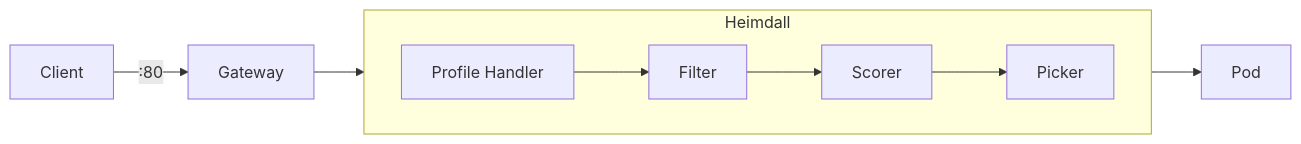
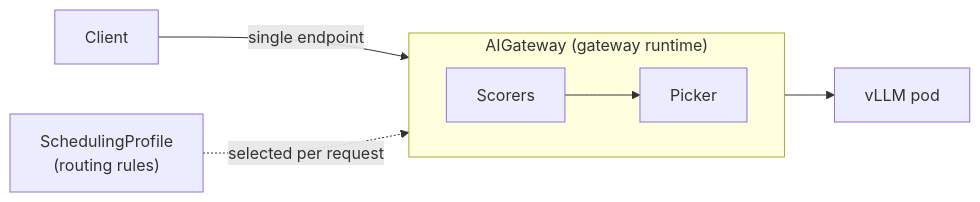
Before and after one commit to moreh-dev/mif: the diagram in skills/guide-heimdall/SKILL.md, drawn with Mermaid. The commit also changed other lines of this file and 2 other files, not shown here.

First line of the commit message:
MAF-20256: docs(skills): rewrite guide-heimdall for the AIGateway/SchedulingProfile architecture (#149)

````diff
--- a/skills/guide-heimdall/SKILL.md
+++ b/skills/guide-heimdall/SKILL.md
@@ -47,10 +44,10 @@
 ```mermaid
 flowchart LR
-    Client -->|:80| Gateway
-    Gateway --> Heimdall
-    subgraph Heimdall
+    Client -->|single endpoint| GW
+    SP["SchedulingProfile<br>(routing rules)"] -. selected per request .-> GW
+    subgraph GW["AIGateway (gateway runtime)"]
         direction LR
-        PH[Profile Handler] --> Filter --> Scorer --> Picker
+        Scorers --> Picker
     end
-    Heimdall --> Pod
+    GW --> Pod["vLLM pod"]
 ```
````
